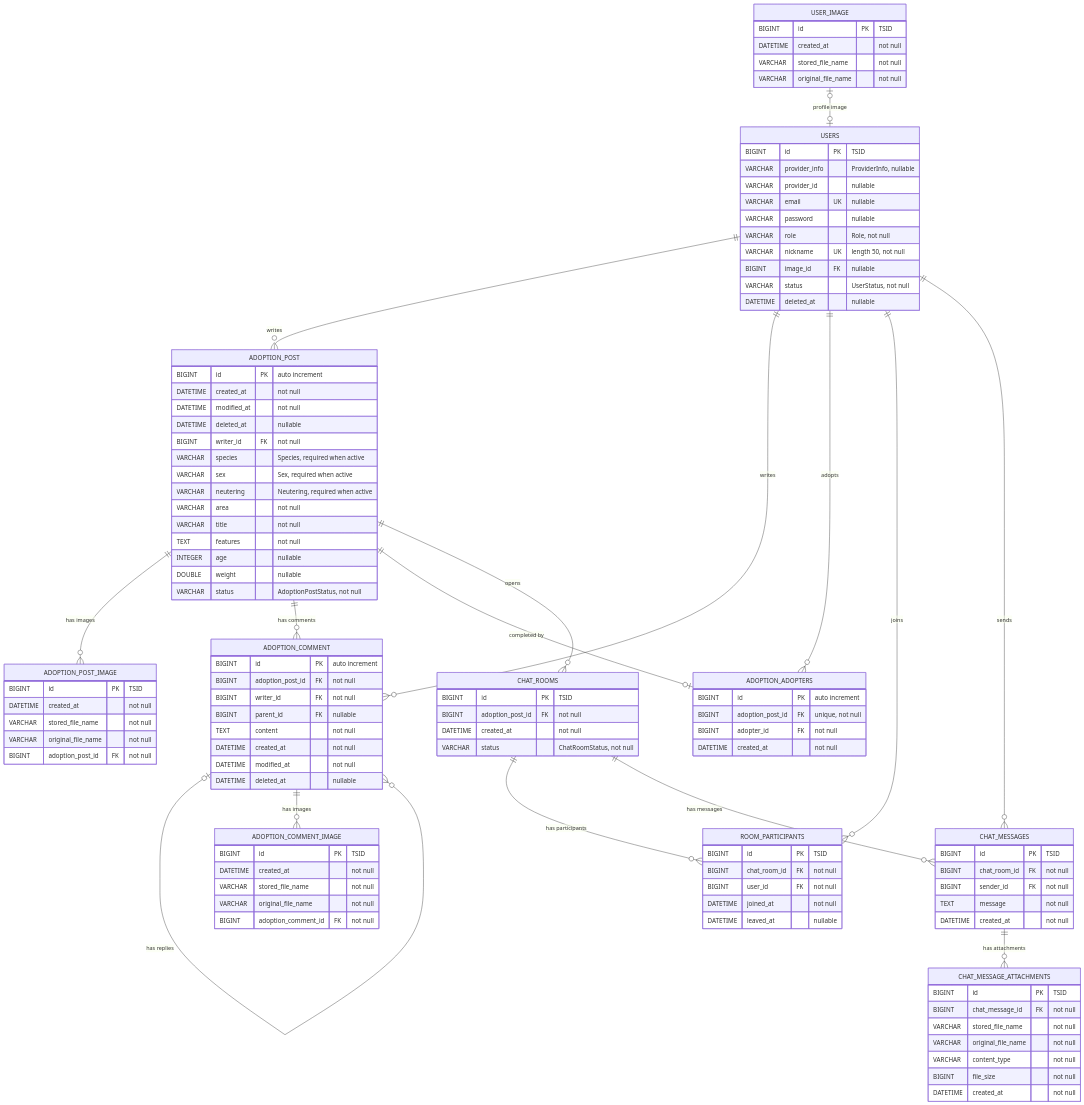
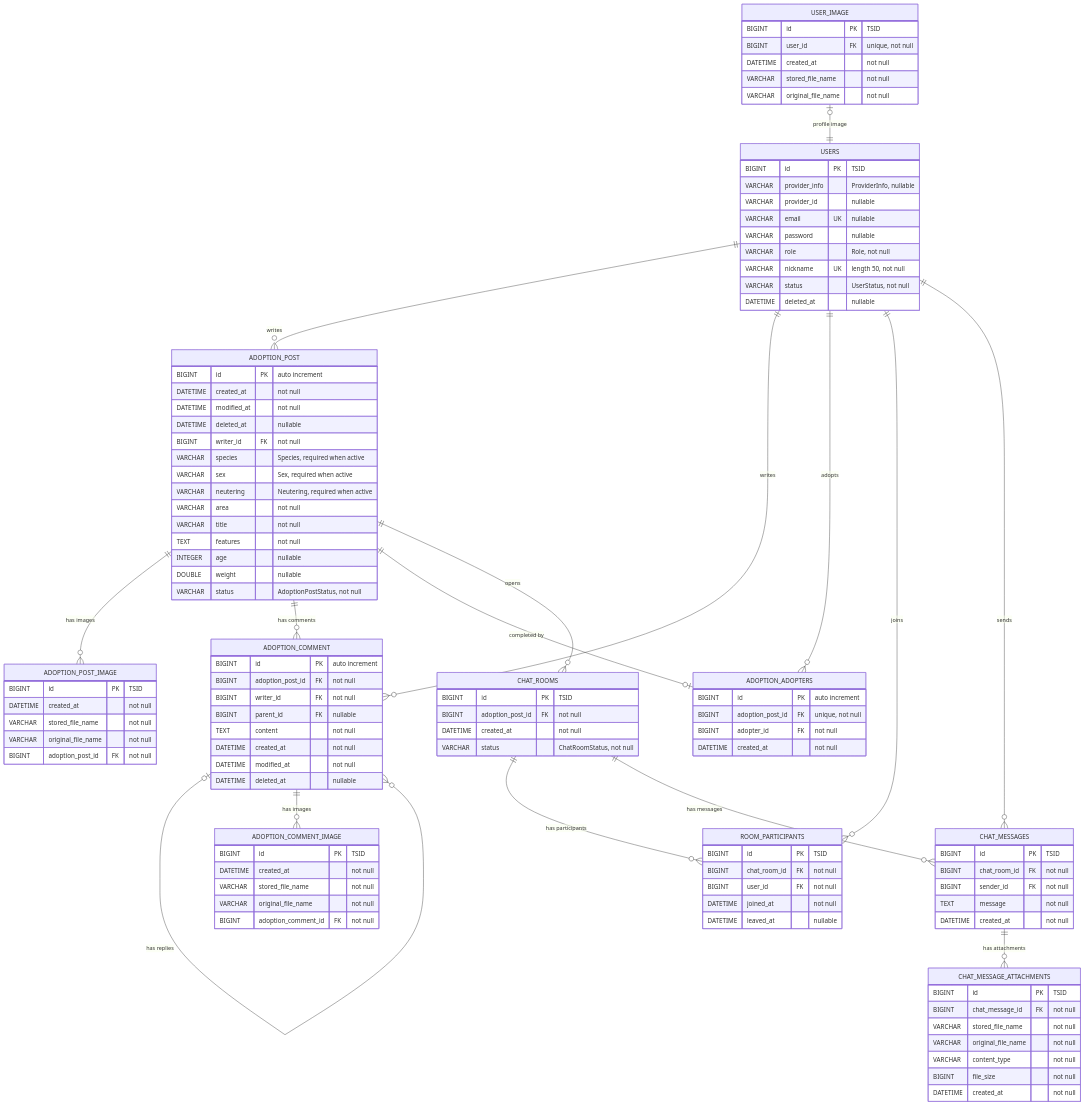
Before and after one commit to RGB234/marigold_server: the diagram in docs/erd.md, drawn with Mermaid. The commit also changed other lines of this file and 2 other files, not shown here.

Commit message:
refactor(user): move profile image ownership to user image

```diff
--- a/docs/erd.md
+++ b/docs/erd.md
@@ -15,13 +15,13 @@
         VARCHAR password "nullable"
         VARCHAR role "Role, not null"
         VARCHAR nickname UK "length 50, not null"
-        BIGINT image_id FK "nullable"
         VARCHAR status "UserStatus, not null"
         DATETIME deleted_at "nullable"
     }
 
     USER_IMAGE {
         BIGINT id PK "TSID"
+        BIGINT user_id FK "unique, not null"
         DATETIME created_at "not null"
         VARCHAR stored_file_name "not null"
         VARCHAR original_file_name "not null"
@@ -111,7 +111,7 @@
         DATETIME created_at "not null"
     }
 
-    USER_IMAGE o|--o| USERS : "profile image"
+    USER_IMAGE o|--|| USERS : "profile image"
     USERS ||--o{ ADOPTION_POST : "writes"
     ADOPTION_POST ||--o{ ADOPTION_POST_IMAGE : "has images"
     ADOPTION_POST ||--o{ ADOPTION_COMMENT : "has comments"
```
